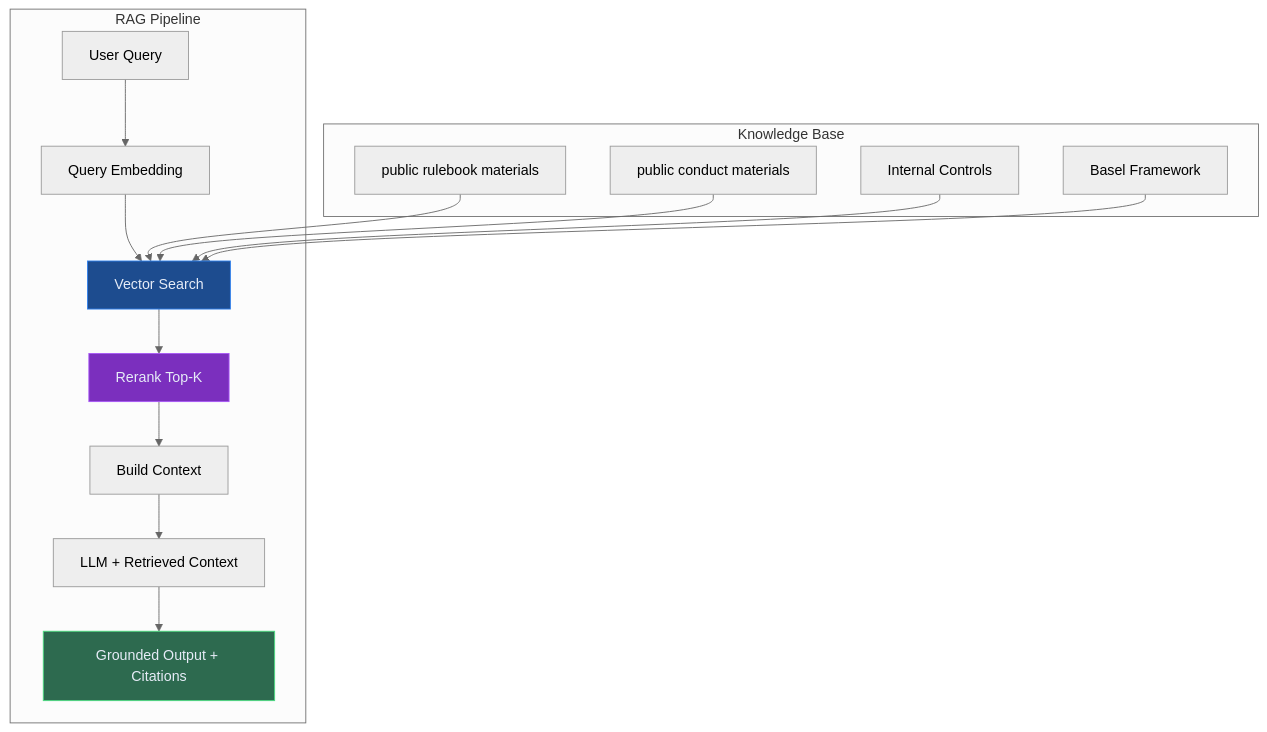
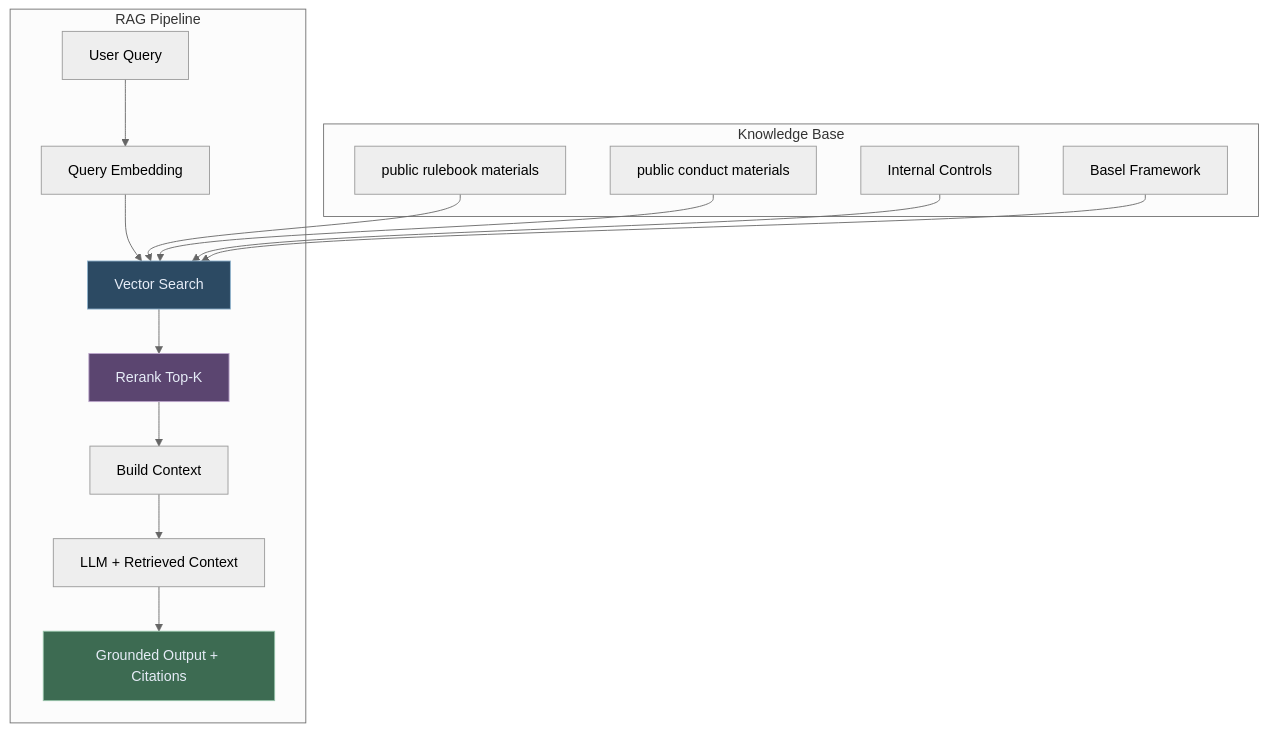
The third of 6 diagrams in blog/fine-tuning-vs-rag-vs-prompting.md (lorvexai/lorvexai), drawn with Mermaid (neutral theme) before and after one commit. The commit also changed other lines of this file and 16 other files, not shown here.

First line of the commit message:
Retune hardcoded Mermaid node colors to match the site palette

````diff
--- a/blog/fine-tuning-vs-rag-vs-prompting.md
+++ b/blog/fine-tuning-vs-rag-vs-prompting.md
@@ -104,22 +104,22 @@
 ```mermaid
 flowchart TD
     subgraph RAG Pipeline
         Q[User Query] --> QE[Query Embedding]
         QE --> VS[Vector Search]
         VS --> RR[Rerank Top-K]
         RR --> CTX[Build Context]
         CTX --> LLM[LLM + Retrieved Context]
         LLM --> O[Grounded Output + Citations]
     end
 
     subgraph Knowledge Base
         D1[public rulebook materials] --> VS
         D2[public conduct materials] --> VS
         D3[Internal Controls] --> VS
         D4[Basel Framework] --> VS
     end
 
-    style VS fill:#1D4C8F,stroke:#2F80ED,color:#E6ECF7
-    style RR fill:#7B2FBE,stroke:#a855f7,color:#E6ECF7
-    style O fill:#2D6A4F,stroke:#4ade80,color:#E6ECF7
+    style VS fill:#2C4A63,stroke:#8FB2CC,color:#E6ECF7
+    style RR fill:#5B4570,stroke:#BCA6CC,color:#E6ECF7
+    style O fill:#3D6B52,stroke:#95C2A8,color:#E6ECF7
 ```
````
